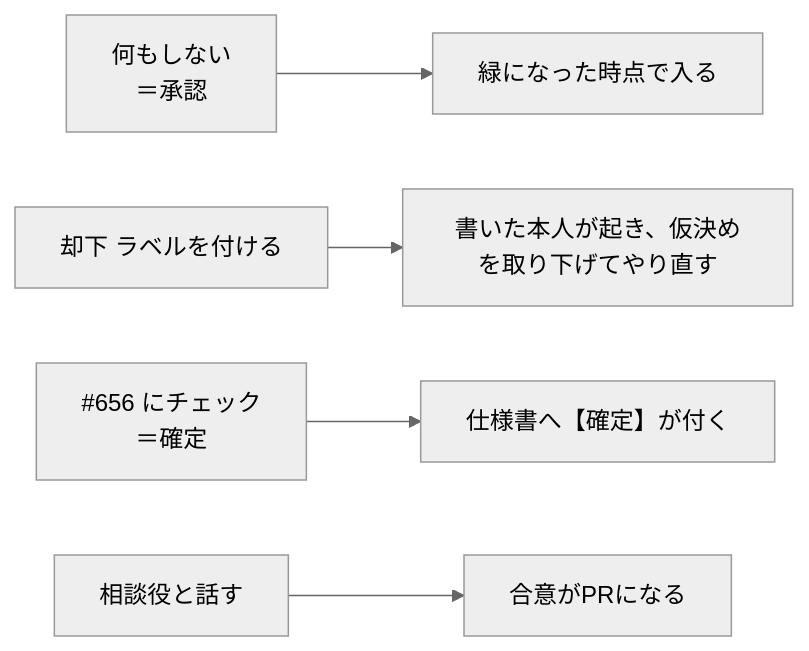
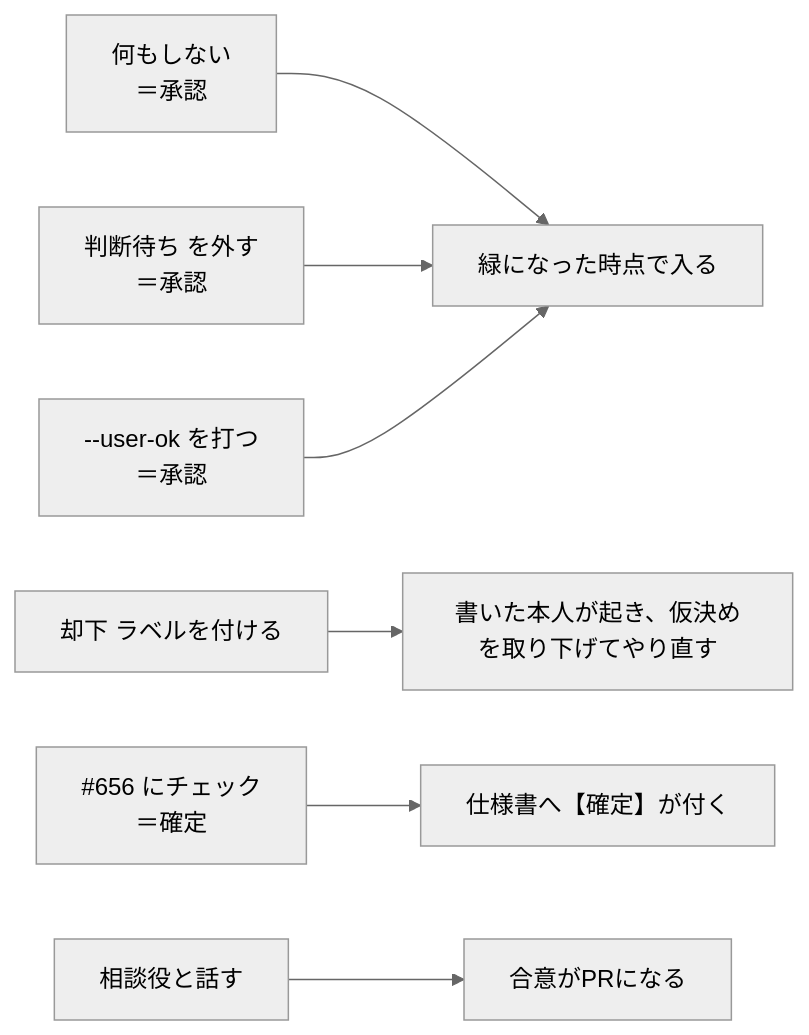
One commit to gooyyu1/UnmappedIsland changed the fourth of 5 diagrams in docs/ParallelAgents.md. Above: the diagram before and after it, drawn with Mermaid (neutral theme). The commit also changed other lines of this file and 13 other files, not shown here.

````diff
--- a/docs/ParallelAgents.md
+++ b/docs/ParallelAgents.md
@@ -263,7 +263,9 @@
 ```mermaid
 flowchart LR
     A["何もしない<br/>＝承認"] --> Done["緑になった時点で入る"]
+    E["判断待ち を外す<br/>＝承認"] --> Done
+    F["--user-ok を打つ<br/>＝承認"] --> Done
     B["却下 ラベルを付ける"] --> Fix["書いた本人が起き、仮決めを取り下げてやり直す"]
     C["#656 にチェック<br/>＝確定"] --> Mark["仕様書へ【確定】が付く"]
     D["相談役と話す"] --> Decide["合意がPRになる"]
 ```
````
